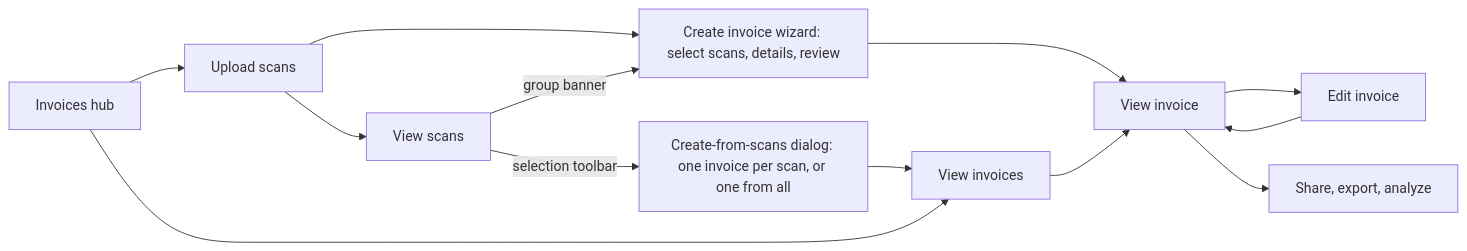
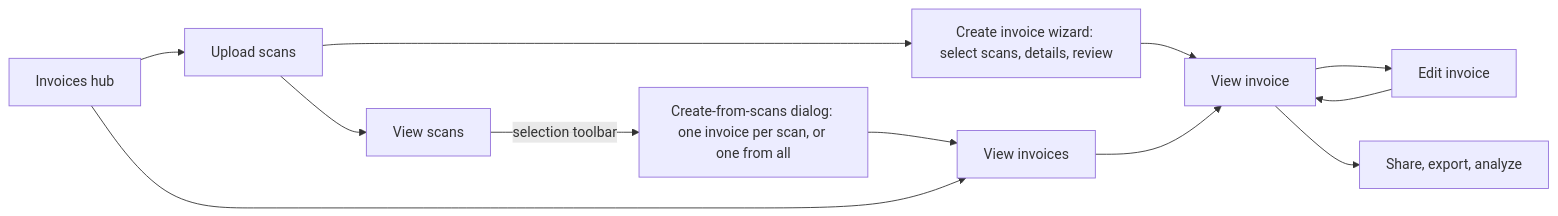
One commit to arolariu/arolariu.ro changed the fourth of 4 diagrams in sites/arolariu.ro/UX-FLOWS.md. Above: the diagram before and after it, drawn with Mermaid. The commit also changed other lines of this file, not shown here.

First line of the commit message:
docs(website): mark the scan group banner as unmounted

````diff
--- a/sites/arolariu.ro/UX-FLOWS.md
+++ b/sites/arolariu.ro/UX-FLOWS.md
@@ -178,15 +178,14 @@
 ```mermaid
 flowchart LR
   Hub["Invoices hub"] --> Up["Upload scans"]
   Up --> Scans["View scans"]
-  Up --> Create
+  Up --> Create["Create invoice wizard: select scans, details, review"]
   Scans -- "selection toolbar" --> Quick["Create-from-scans dialog: one invoice per scan, or one from all"]
   Quick --> List
-  Scans -- "group banner" --> Create["Create invoice wizard: select scans, details, review"]
   Create --> Detail["View invoice"]
   Hub --> List["View invoices"]
   List --> Detail
   Detail --> Edit["Edit invoice"]
   Edit --> Detail
   Detail --> Share["Share, export, analyze"]
 ```
````
